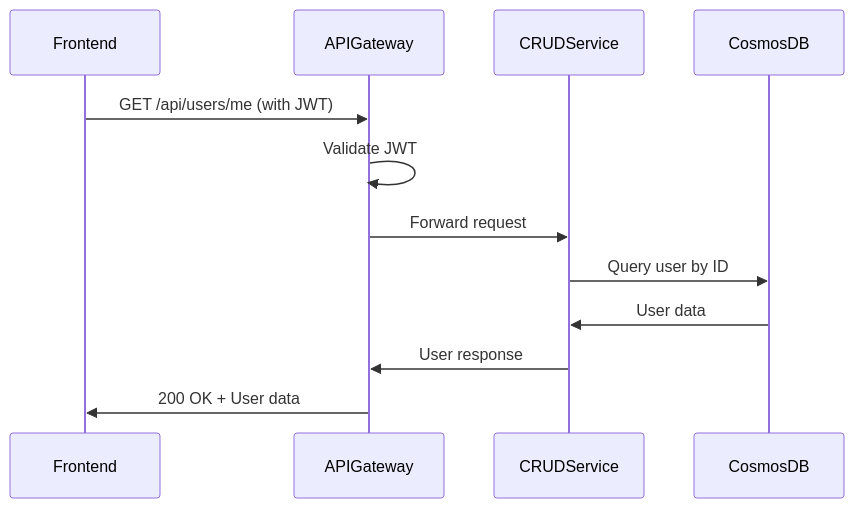
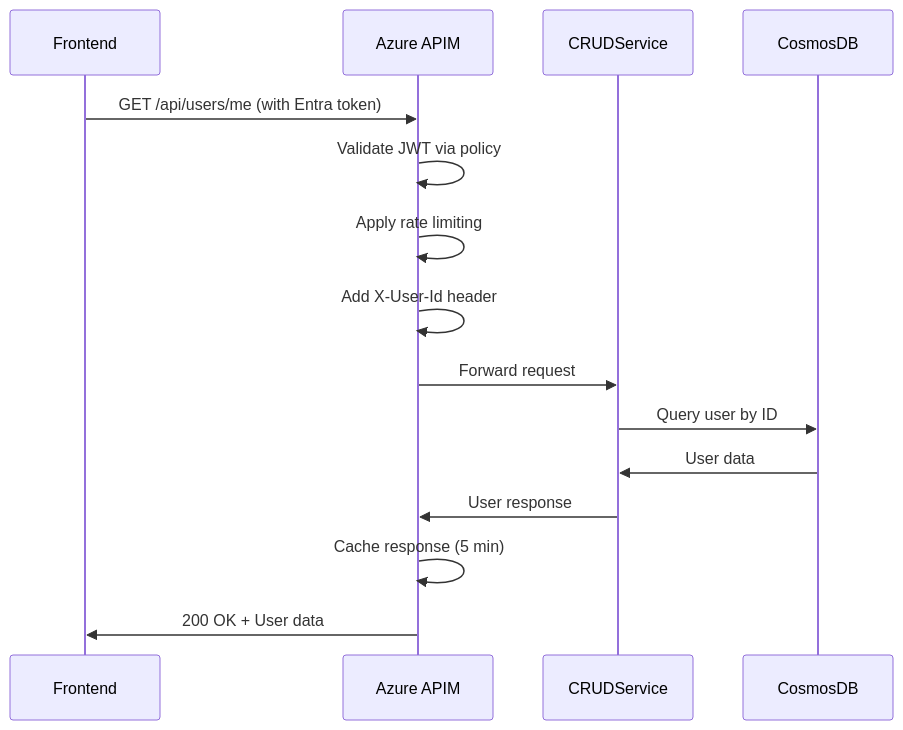
One commit to Azure-Samples/holiday-peak-hub changed the sixth of 13 diagrams in docs/backend_plan.md. Above: the diagram before and after it, drawn with Mermaid. The commit also changed other lines of this file and 4 other files, not shown here.

````diff
--- a/docs/backend_plan.md
+++ b/docs/backend_plan.md
@@ -1500,15 +2161,18 @@
 ```mermaid
 sequenceDiagram
     participant Frontend
-    participant APIGateway
+    participant APIM as Azure APIM
     participant CRUDService
     participant CosmosDB
     
-    Frontend->>APIGateway: GET /api/users/me (with JWT)
-    APIGateway->>APIGateway: Validate JWT
-    APIGateway->>CRUDService: Forward request
+    Frontend->>APIM: GET /api/users/me (with Entra token)
+    APIM->>APIM: Validate JWT via policy
+    APIM->>APIM: Apply rate limiting
+    APIM->>APIM: Add X-User-Id header
+    APIM->>CRUDService: Forward request
     CRUDService->>CosmosDB: Query user by ID
     CosmosDB->>CRUDService: User data
-    CRUDService->>APIGateway: User response
-    APIGateway->>Frontend: 200 OK + User data
+    CRUDService->>APIM: User response
+    APIM->>APIM: Cache response (5 min)
+    APIM->>Frontend: 200 OK + User data
 ```
````
